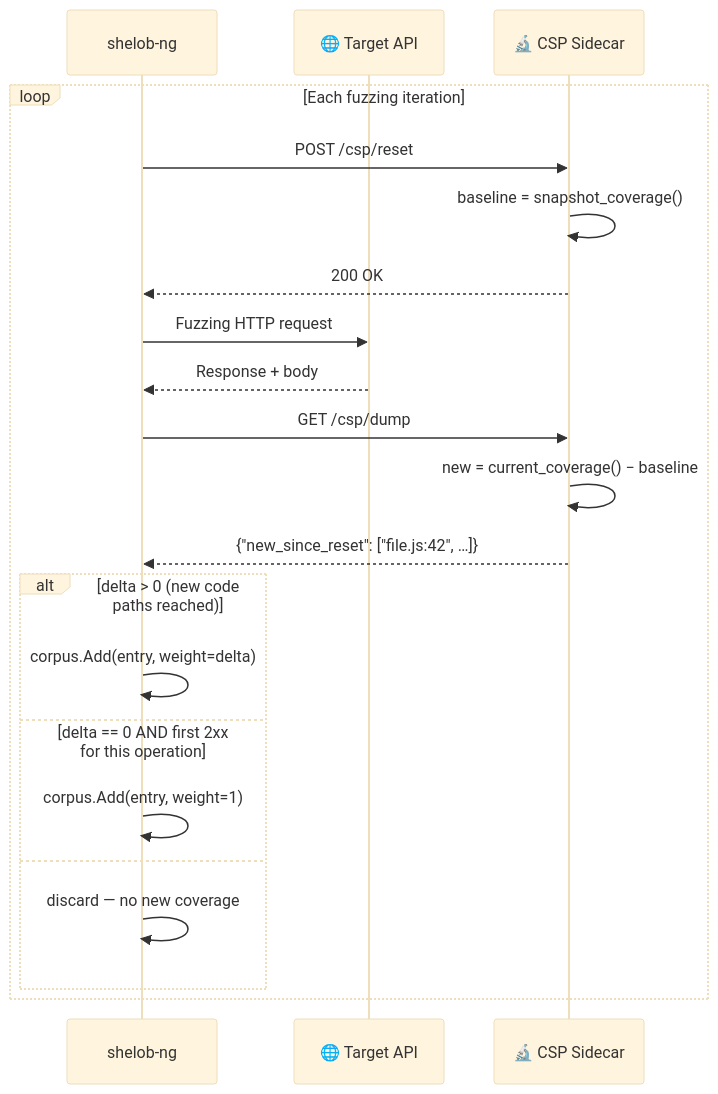
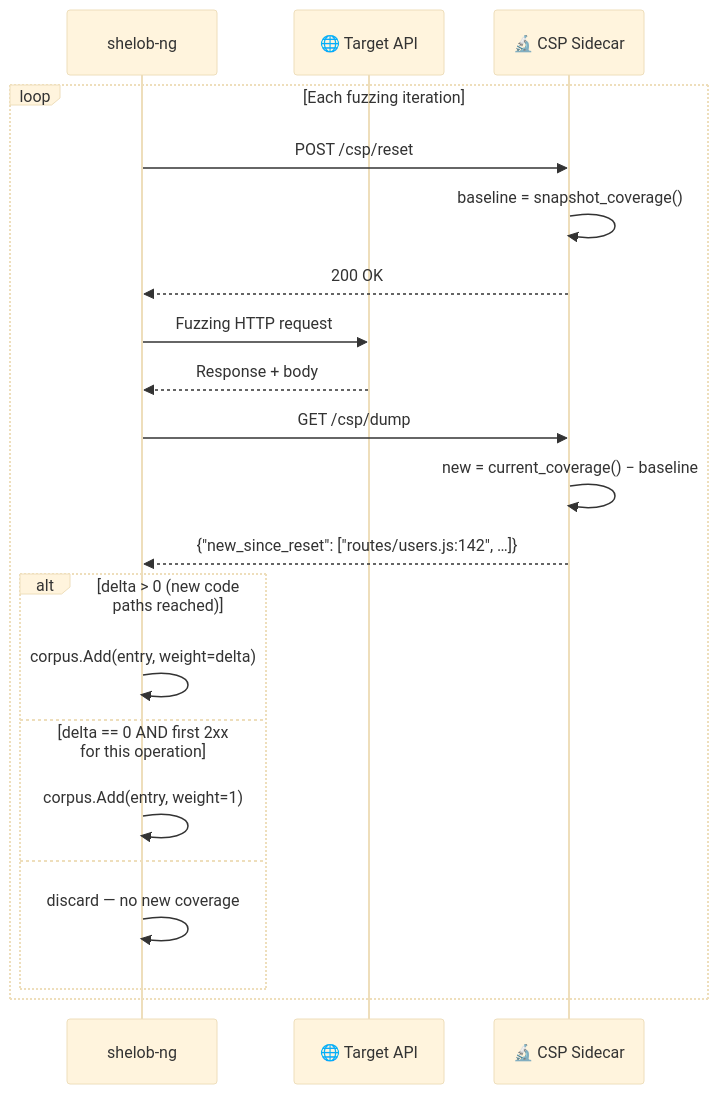
The diagram in docs/csp-protocol.md (morgonf/shelob-ng), drawn with Mermaid (base theme) before and after one commit. The commit also changed other lines of this file, not shown here.

````diff
--- a/docs/csp-protocol.md
+++ b/docs/csp-protocol.md
@@ -62,27 +13,27 @@
 ```mermaid
 sequenceDiagram
     participant F as shelob-ng
     participant T as 🌐 Target API
     participant S as 🔬 CSP Sidecar
 
     loop Each fuzzing iteration
         F->>S: POST /csp/reset
         S->>S: baseline = snapshot_coverage()
         S-->>F: 200 OK
 
         F->>T: Fuzzing HTTP request
         T-->>F: Response + body
 
         F->>S: GET /csp/dump
         S->>S: new = current_coverage() − baseline
-        S-->>F: {"new_since_reset": ["file.js:42", …]}
+        S-->>F: {"new_since_reset": ["routes/users.js:142", …]}
 
         alt delta > 0  (new code paths reached)
             F->>F: corpus.Add(entry, weight=delta)
         else delta == 0 AND first 2xx for this operation
             F->>F: corpus.Add(entry, weight=1)
         else
             F->>F: discard — no new coverage
         end
     end
 ```
````
